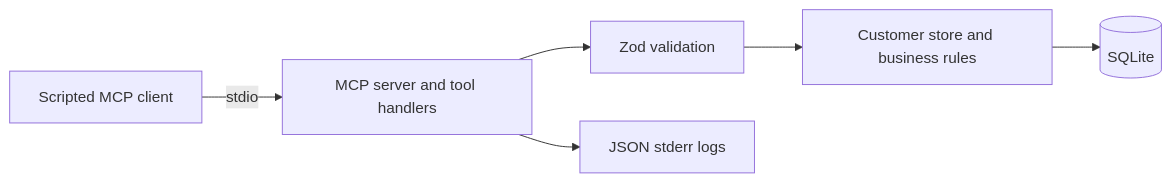
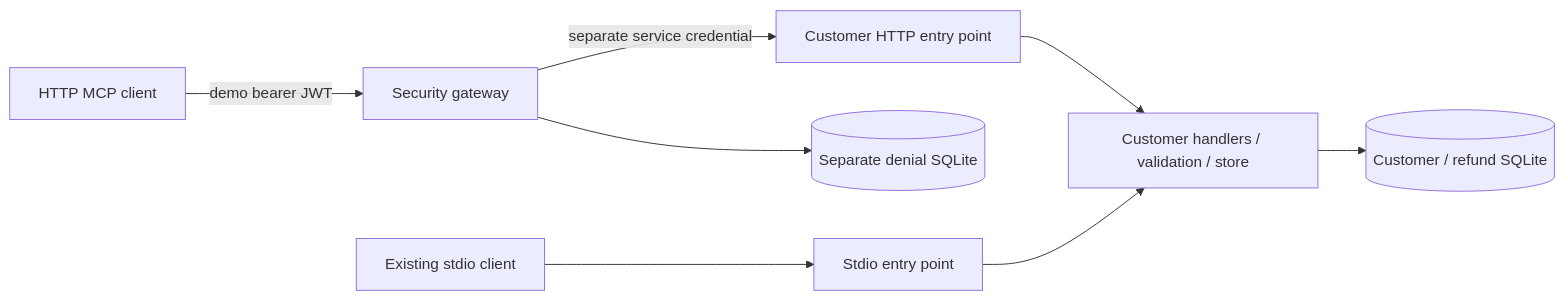
Before and after one commit to willsu42/bridgelayer-mcp: the diagram in README.md, drawn with Mermaid. The commit also changed other lines of this file and 13 other files, not shown here.

````diff
--- a/README.md
+++ b/README.md
@@ -34,8 +33,10 @@
 ```mermaid
 flowchart LR
-    C[Scripted MCP client] -->|stdio| M[MCP server and tool handlers]
-    M --> V[Zod validation]
-    V --> S[Customer store and business rules]
-    S --> D[(SQLite)]
-    M --> L[JSON stderr logs]
+    C[HTTP MCP client] -->|demo bearer JWT| G[Security gateway]
+    G -->|separate service credential| H[Customer HTTP entry point]
+    H --> S[Customer handlers / validation / store]
+    L[Existing stdio client] --> T[Stdio entry point]
+    T --> S
+    S --> D[(Customer / refund SQLite)]
+    G --> A[(Separate denial SQLite)]
 ```
````
